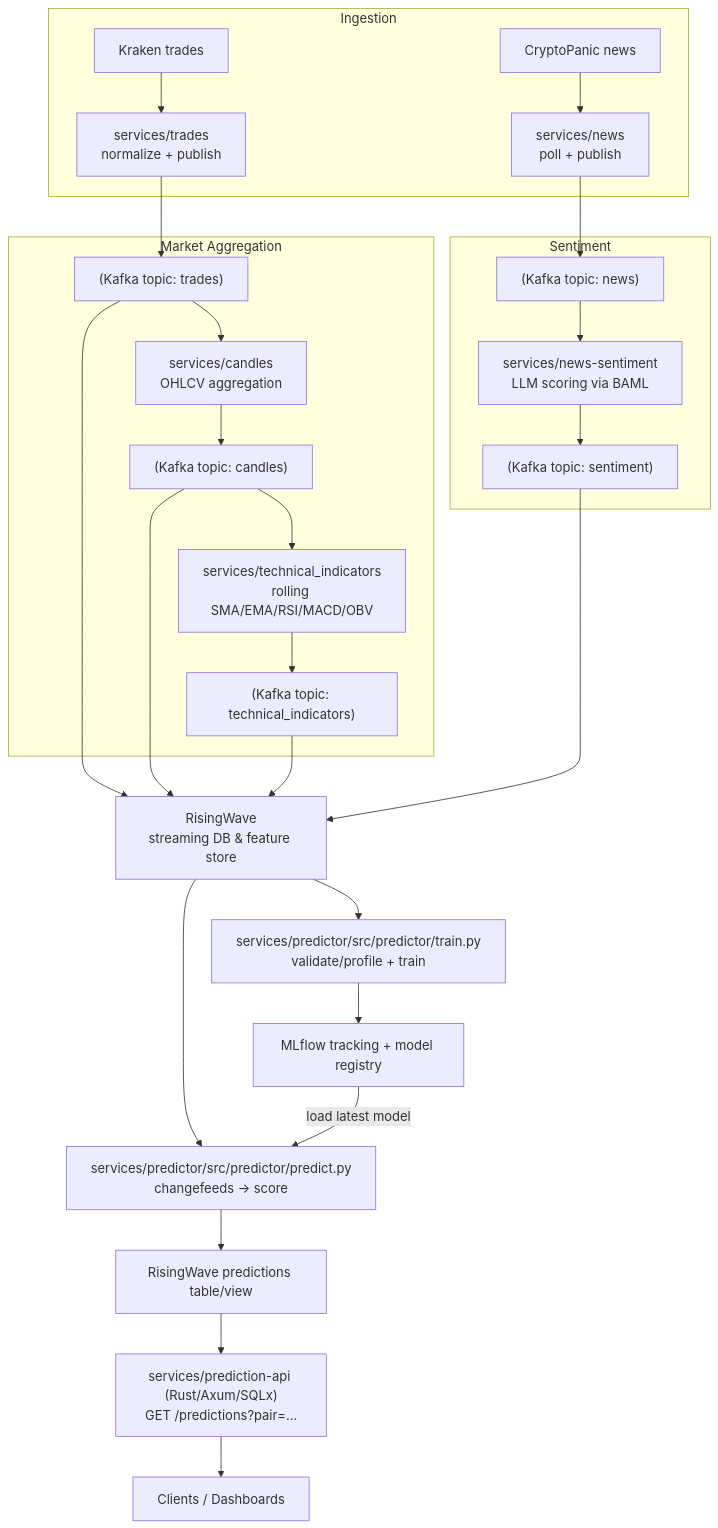
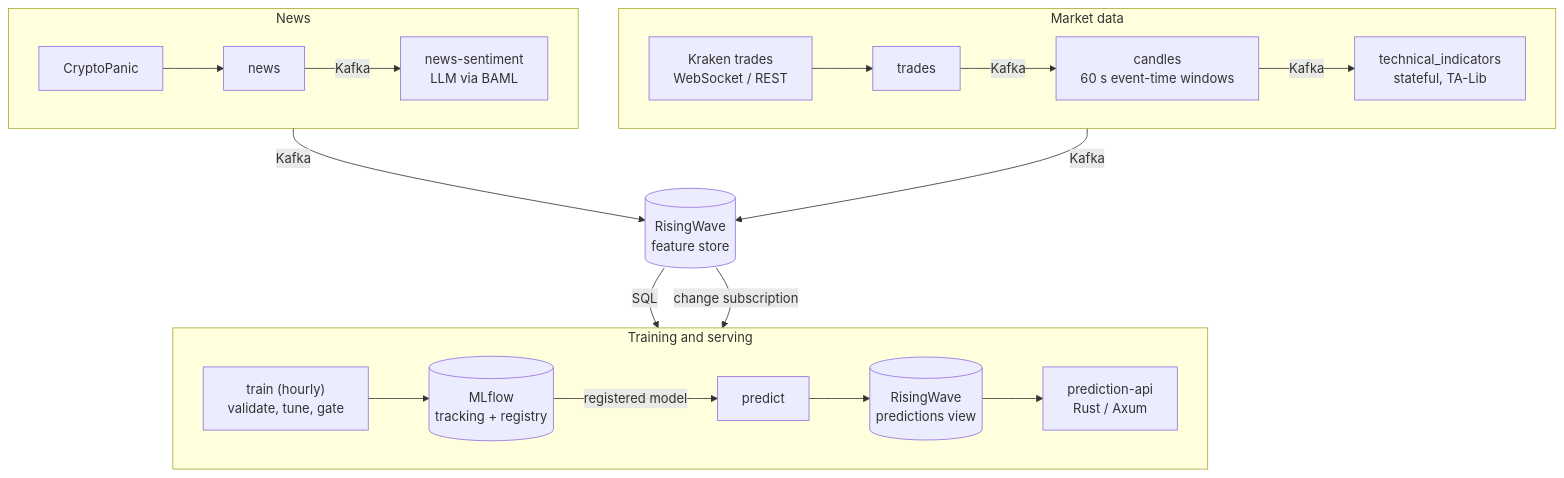
One commit to msaharan/real-time-crypto-price-prediction-ml-system changed the diagram in README.md. Above: the diagram before and after it, drawn with Mermaid. The commit also changed other lines of this file and 1 other file, not shown here.

````diff
--- a/README.md
+++ b/README.md
@@ -23,36 +27,23 @@
 ```mermaid
-graph TD
-  subgraph Ingestion
-    KR["Kraken trades"] --> TRADES_SVC["services/trades<br/>normalize + publish"]
-    CP["CryptoPanic news"] --> NEWS_SVC["services/news<br/>poll + publish"]
+flowchart TB
+  subgraph MD["Market data"]
+    direction LR
+    KR["Kraken trades<br/>WebSocket / REST"] --> TR["trades"] -->|Kafka| CA["candles<br/>60 s event-time windows"] -->|Kafka| TI["technical_indicators<br/>stateful, TA-Lib"]
   end
 
-  TRADES_SVC --> K_TRADES["(Kafka topic: trades)"]
-  NEWS_SVC --> K_NEWS["(Kafka topic: news)"]
-
-  subgraph Market Aggregation
-    K_TRADES --> CANDLES_SVC["services/candles<br/>OHLCV aggregation"]
-    CANDLES_SVC --> K_CANDLES["(Kafka topic: candles)"]
-    K_CANDLES --> TECH_SVC["services/technical_indicators<br/>rolling SMA/EMA/RSI/MACD/OBV"]
-    TECH_SVC --> K_TECH["(Kafka topic: technical_indicators)"]
+  subgraph NS["News"]
+    direction LR
+    CP["CryptoPanic"] --> NW["news"] -->|Kafka| SE["news-sentiment<br/>LLM via BAML"]
   end
 
-  subgraph Sentiment
-    K_NEWS --> SENT_SVC["services/news-sentiment<br/>LLM scoring via BAML"]
-    SENT_SVC --> K_SENT["(Kafka topic: sentiment)"]
+  TI -->|Kafka| RW[("RisingWave<br/>feature store")]
+  SE -->|Kafka| RW
+
+  subgraph ML["Training and serving"]
+    direction LR
+    TRAIN["train (hourly)<br/>validate, tune, gate"] --> MLF[("MLflow<br/>tracking + registry")] -->|registered model| PRED["predict"] --> RWP[("RisingWave<br/>predictions view")] --> API["prediction-api<br/>Rust / Axum"]
   end
 
-  K_TRADES --> RW["RisingWave<br/>streaming DB & feature store"]
-  K_CANDLES --> RW
-  K_TECH --> RW
-  K_SENT --> RW
-
-  RW --> TRAIN["services/predictor/src/predictor/train.py<br/>validate/profile + train"]
-  TRAIN --> MLFLOW["MLflow tracking + model registry"]
-
-  RW --> PREDICT["services/predictor/src/predictor/predict.py<br/>changefeeds -> score"]
-  MLFLOW -->|load latest model| PREDICT
-  PREDICT --> RW_PRED["RisingWave predictions table/view"]
-  RW_PRED --> API["services/prediction-api (Rust/Axum/SQLx)<br/>GET /predictions?pair=..."]
-  API --> CLIENTS["Clients / Dashboards"]
+  RW -->|SQL| TRAIN
+  RW -->|change subscription| PRED
 ```
````
